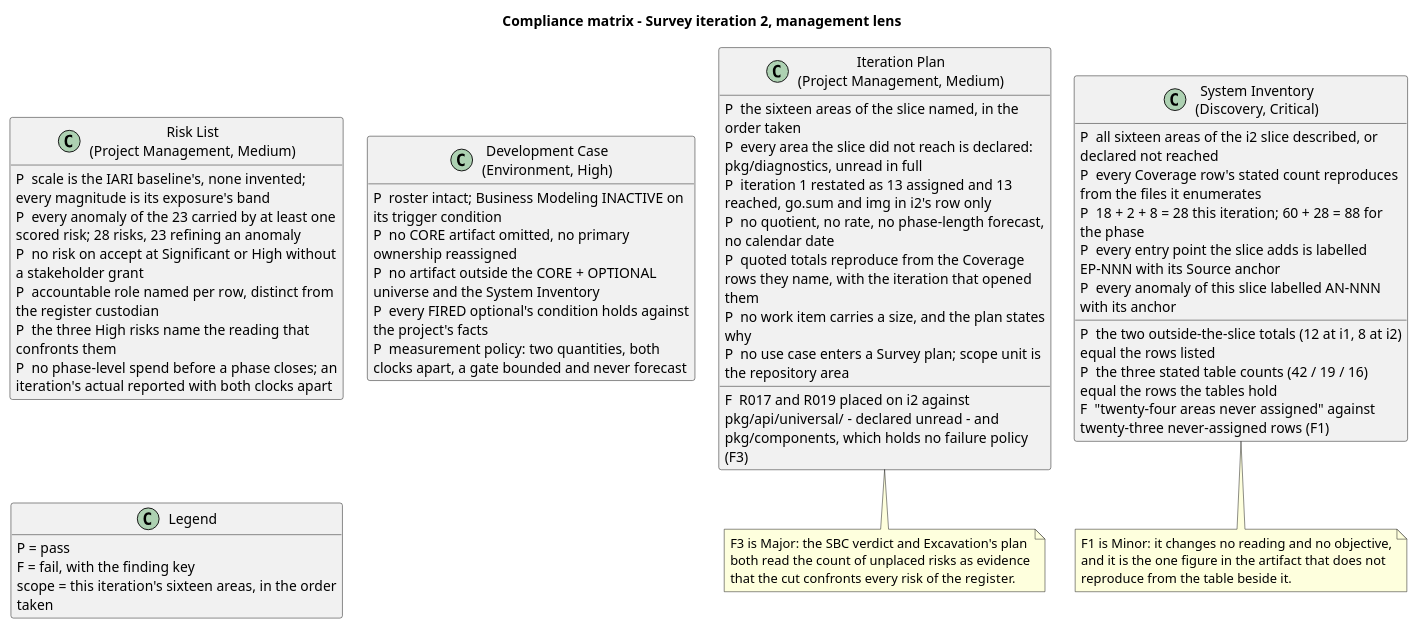
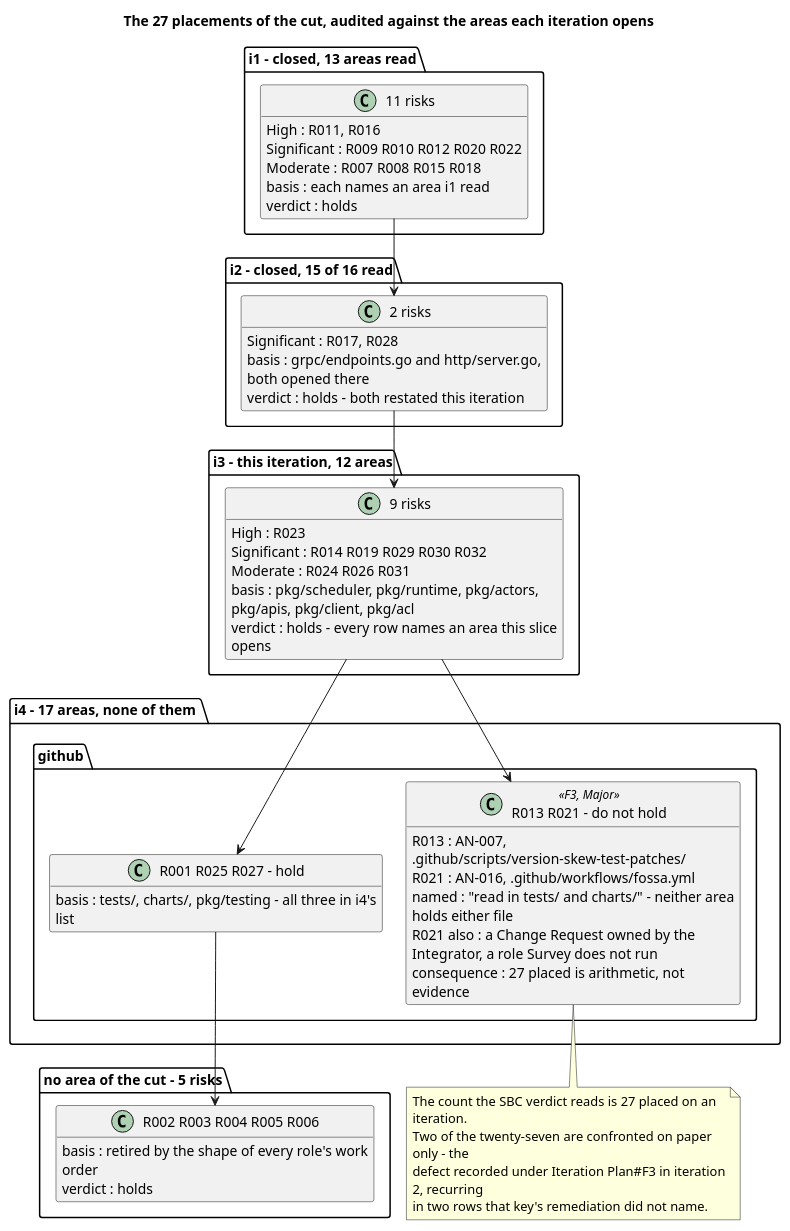
Before and after one commit to banense-test/dapr: the fifth of 14 diagrams in docs/artifacts/project-management/review-record.md, drawn with PlantUML. The commit also changed other lines of this file, not shown here.

Commit message:
Management Reviewer [Survey3]: upsert Review Record
[skip ci]

````diff
--- a/docs/artifacts/project-management/review-record.md
+++ b/docs/artifacts/project-management/review-record.md
@@ -464,66 +478,71 @@
 ```plantuml
 @startuml
-title Compliance matrix - Survey iteration 2, management lens
+title The 27 placements of the cut, audited against the areas each iteration opens
 hide empty members
 skinparam classAttributeIconSize 0
 skinparam wrapWidth 330
 skinparam nodesep 24
-skinparam ranksep 34
+skinparam ranksep 36
 
-class "Iteration Plan\n(Project Management, Medium)" as IP {
-  P  the sixteen areas of the slice named, in the order taken
-  P  every area the slice did not reach is declared: pkg/diagnostics, unread in full
-  P  iteration 1 restated as 13 assigned and 13 reached, go.sum and img in i2's row only
-  P  no quotient, no rate, no phase-length forecast, no calendar date
-  P  quoted totals reproduce from the Coverage rows they name, with the iteration that opened them
-  P  no work item carries a size, and the plan states why
-  P  no use case enters a Survey plan; scope unit is the repository area
-  F  R017 and R019 placed on i2 against pkg/api/universal/ - declared unread - and pkg/components, which holds no failure policy (F3)
+package "i1 - closed, 13 areas read" {
+  class "11 risks" as I1 {
+    High : R011, R016
+    Significant : R009 R010 R012 R020 R022
+    Moderate : R007 R008 R015 R018
+    basis : each names an area i1 read
+    verdict : holds
+  }
 }
 
-class "Risk List\n(Project Management, Medium)" as RL {
-  P  scale is the IARI baseline's, none invented; every magnitude is its exposure's band
-  P  every anomaly of the 23 carried by at least one scored risk; 28 risks, 23 refining an anomaly
-  P  no risk on accept at Significant or High without a stakeholder grant
-  P  accountable role named per row, distinct from the register custodian
-  P  the three High risks name the reading that confronts them
-  P  no phase-level spend before a phase closes; an iteration's actual reported with both clocks apart
+package "i2 - closed, 15 of 16 read" {
+  class "2 risks" as I2 {
+    Significant : R017, R028
+    basis : grpc/endpoints.go and http/server.go, both opened there
+    verdict : holds - both restated this iteration
+  }
 }
 
-class "System Inventory\n(Discovery, Critical)" as SI {
-  P  all sixteen areas of the i2 slice described, or declared not reached
-  P  every Coverage row's stated count reproduces from the files it enumerates
-  P  18 + 2 + 8 = 28 this iteration; 60 + 28 = 88 for the phase
-  P  the two outside-the-slice totals (12 at i1, 8 at i2) equal the rows listed
-  P  the three stated table counts (42 / 19 / 16) equal the rows the tables hold
-  P  every entry point the slice adds is labelled EP-NNN with its Source anchor
-  P  every anomaly of this slice labelled AN-NNN with its anchor
-  F  "twenty-four areas never assigned" against twenty-three never-assigned rows (F1)
+package "i3 - this iteration, 12 areas" {
+  class "9 risks" as I3 {
+    High : R023
+    Significant : R014 R019 R029 R030 R032
+    Moderate : R024 R026 R031
+    basis : pkg/scheduler, pkg/runtime, pkg/actors, pkg/apis, pkg/client, pkg/acl
+    verdict : holds - every row names an area this slice opens
+  }
 }
 
-class "Development Case\n(Environment, High)" as DC {
-  P  roster intact; Business Modeling INACTIVE on its trigger condition
-  P  no CORE artifact omitted, no primary ownership reassigned
-  P  no artifact outside the CORE + OPTIONAL universe and the System Inventory
-  P  every FIRED optional's condition holds against the project's facts
-  P  measurement policy: two quantities, both clocks apart, a gate bounded and never forecast
+package "i4 - 17 areas, none of them .github" {
+  class "R001 R025 R027 - hold" as I4A {
+    basis : tests/, charts/, pkg/testing - all three in i4's list
+  }
+  class "R013 R021 - do not hold" as I4B <<F3, Major>> {
+    R013 : AN-007, .github/scripts/version-skew-test-patches/
+    R021 : AN-016, .github/workflows/fossa.yml
+    named : "read in tests/ and charts/" - neither area holds either file
+    R021 also : a Change Request owned by the Integrator, a role Survey does not run
+    consequence : 27 placed is arithmetic, not evidence
+  }
 }
 
-class "Legend" as L {
-  P = pass
-  F = fail, with the finding key
-  scope = this iteration's sixteen areas, in the order taken
+package "no area of the cut - 5 risks" {
+  class "R002 R003 R004 R005 R006" as W {
+    basis : retired by the shape of every role's work order
+    verdict : holds
+  }
 }
 
-note bottom of IP
-  F3 is Major: the SBC verdict and Excavation's plan
-  both read the count of unplaced risks as evidence
-  that the cut confronts every risk of the register.
-end note
-note bottom of SI
-  F1 is Minor: it changes no reading and no objective,
-  and it is the one figure in the artifact that does not
-  reproduce from the table beside it.
+I1 --> I2
+I2 --> I3
+I3 --> I4A
+I3 --> I4B
+I4A --> W
+
+note bottom of I4B
+  The count the SBC verdict reads is 27 placed on an iteration.
+  Two of the twenty-seven are confronted on paper only - the
+  defect recorded under Iteration Plan#F3 in iteration 2, recurring
+  in two rows that key's remediation did not name.
 end note
 @enduml
 ```
````
